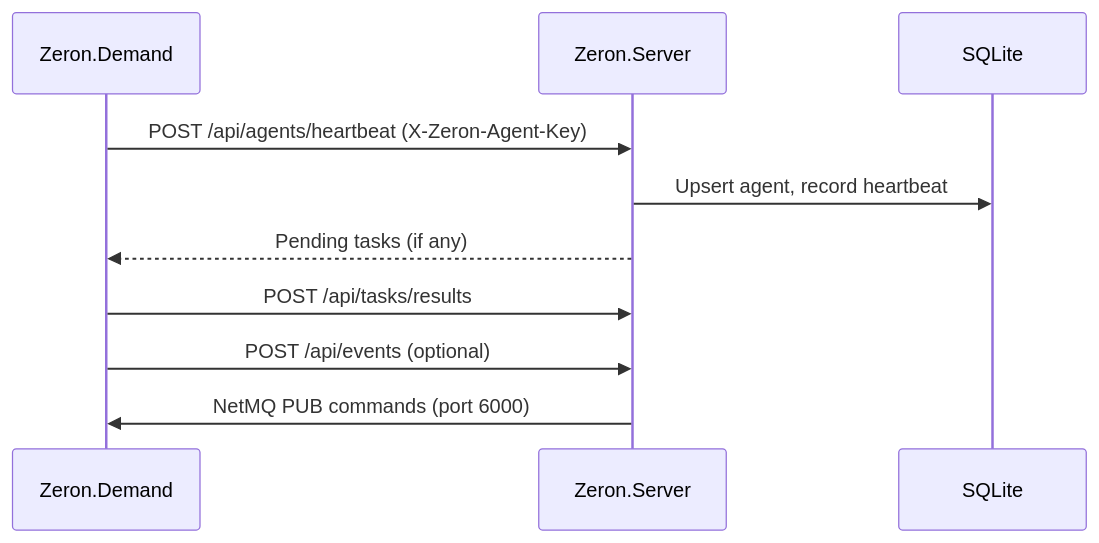
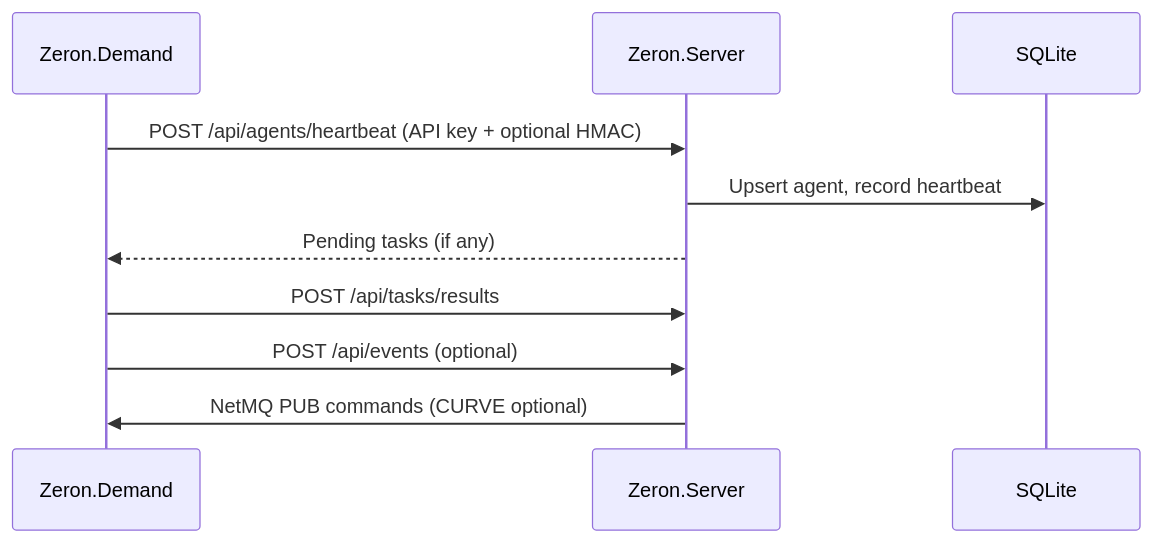
The diagram in Docs/agent-connection.md (inwazy/Zeron), drawn with Mermaid before and after one commit. The commit also changed other lines of this file and 27 other files, not shown here.

Commit message:
Add Enhanced Communication Security (NetMQ CURVE + HTTP HMAC)

````diff
--- a/Docs/agent-connection.md
+++ b/Docs/agent-connection.md
@@ -7,13 +7,13 @@
 ```mermaid
 sequenceDiagram
     participant Agent as Zeron.Demand
     participant Server as Zeron.Server
     participant DB as SQLite
 
-    Agent->>Server: POST /api/agents/heartbeat (X-Zeron-Agent-Key)
+    Agent->>Server: POST /api/agents/heartbeat (API key + optional HMAC)
     Server->>DB: Upsert agent, record heartbeat
     Server-->>Agent: Pending tasks (if any)
     Agent->>Server: POST /api/tasks/results
     Agent->>Server: POST /api/events (optional)
-    Server->>Agent: NetMQ PUB commands (port 6000)
+    Server->>Agent: NetMQ PUB commands (CURVE optional)
 ```
````
